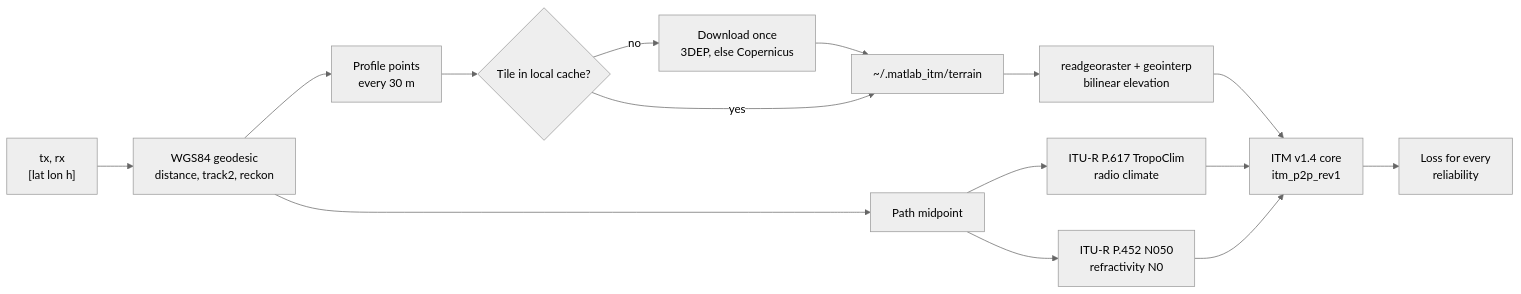
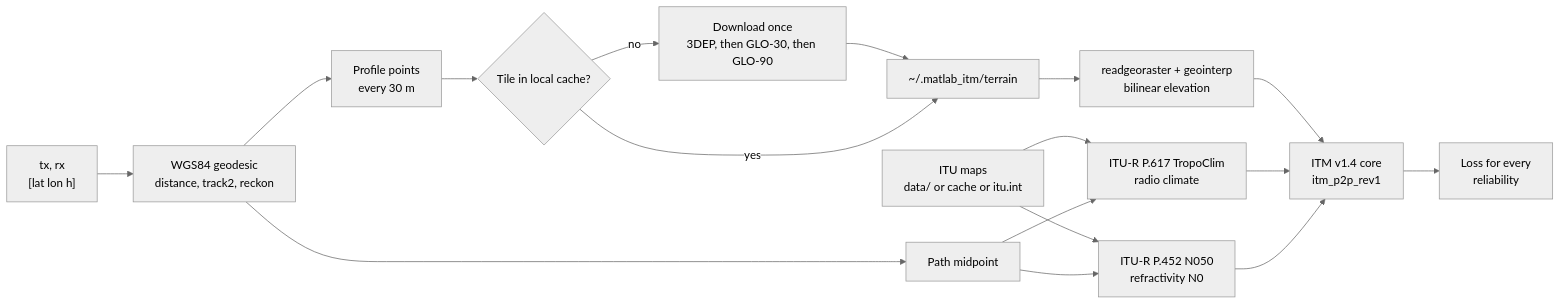
Before and after one commit to nicklasorte/matlab_itm: the diagram in README.md, drawn with Mermaid (neutral theme). The commit also changed other lines of this file and 19 other files, not shown here.

First line of the commit message:
Leverage itu_p2001: ITU maps loader, GLO-90, tile list, setup, maps figures

````diff
--- a/README.md
+++ b/README.md
@@ -62,17 +62,19 @@
 ```mermaid
 flowchart LR
     A["tx, rx<br/>[lat lon h]"] --> B["WGS84 geodesic<br/>distance, track2, reckon"]
     B --> C["Profile points<br/>every 30 m"]
     B --> D["Path midpoint"]
     C --> E{"Tile in local cache?"}
-    E -- no --> F["Download once<br/>3DEP, else Copernicus"]
+    E -- no --> F["Download once<br/>3DEP, then GLO-30, then GLO-90"]
     F --> G["~/.matlab_itm/terrain"]
+    M["ITU maps<br/>data/ or cache or itu.int"] --> I
+    M --> J
     E -- yes --> G
     G --> H["readgeoraster + geointerp<br/>bilinear elevation"]
     D --> I["ITU-R P.617 TropoClim<br/>radio climate"]
     D --> J["ITU-R P.452 N050<br/>refractivity N0"]
     H --> K["ITM v1.4 core<br/>itm_p2p_rev1"]
     I --> K
     J --> K
     K --> L["Loss for every<br/>reliability"]
 ```
````
